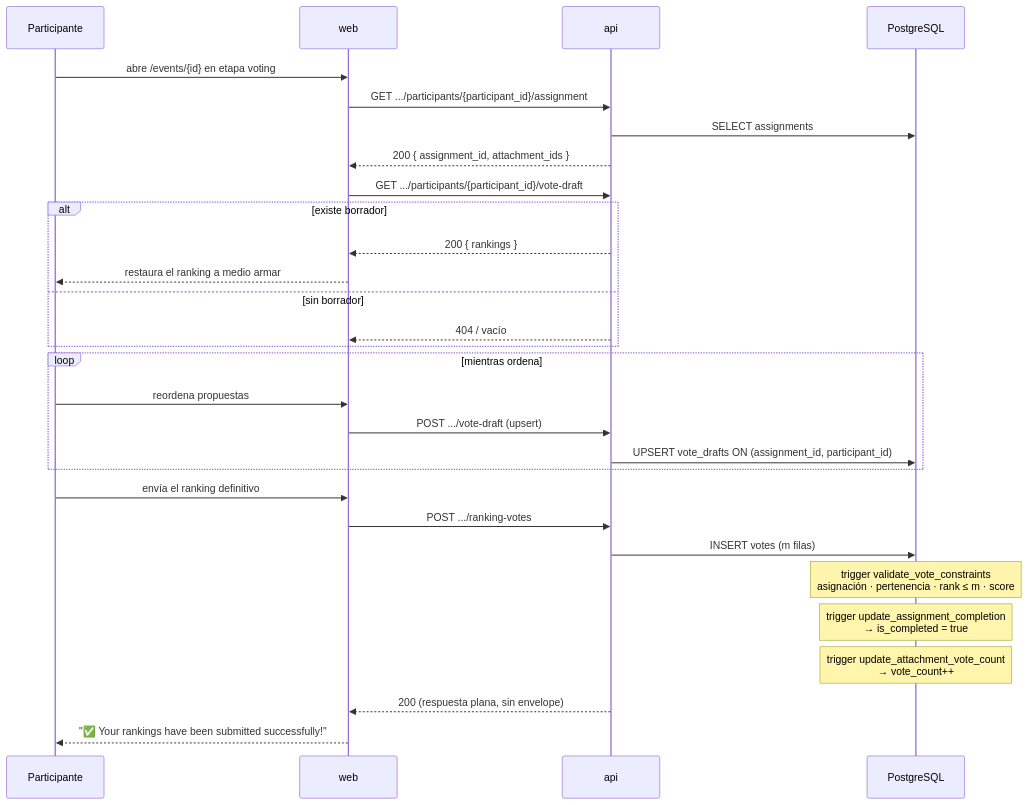
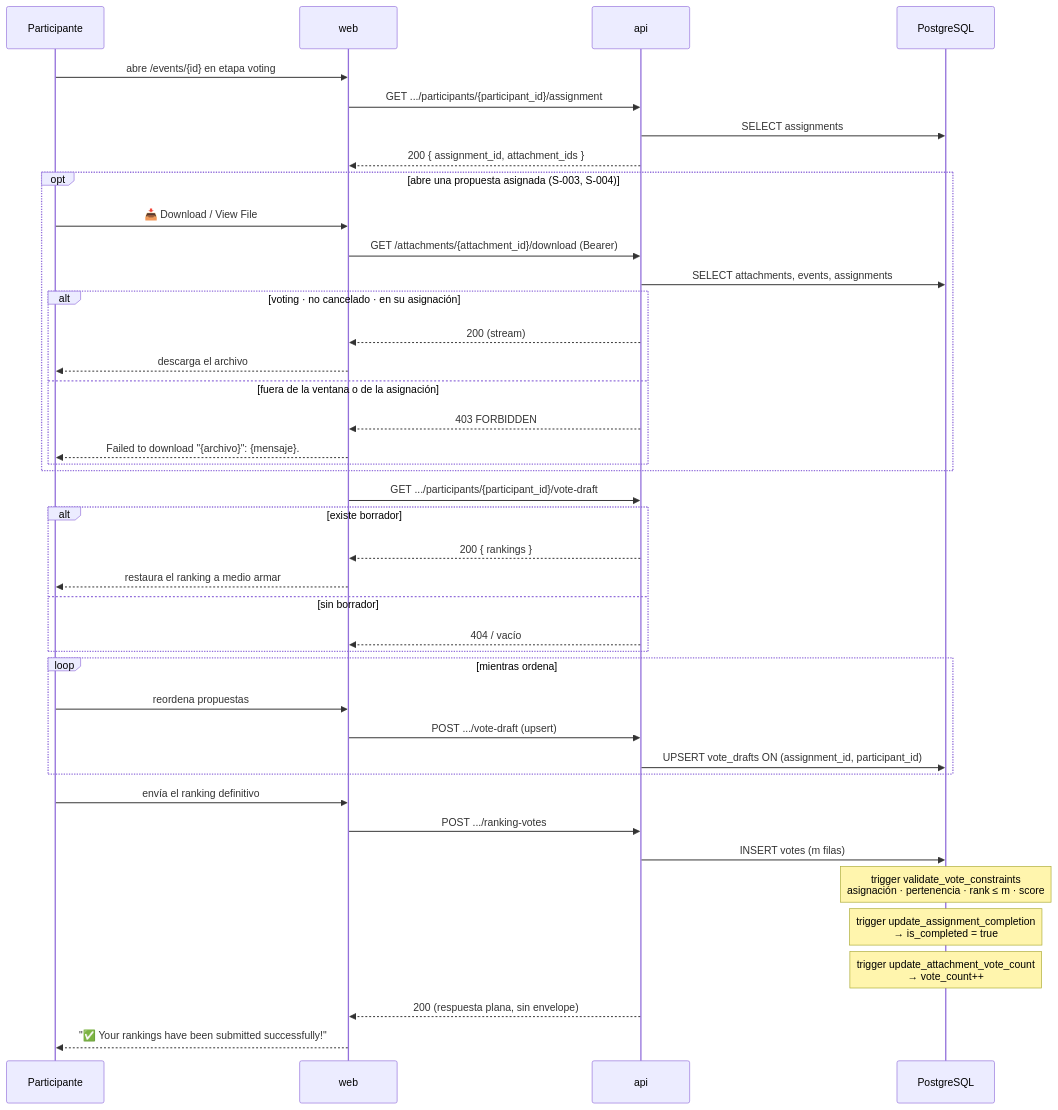
Before and after one commit to gravadigital/telescope: the diagram in docs/flows/evaluacion-y-envio-de-ranking.md, drawn with Mermaid. The commit also changed other lines of this file and 16 other files, not shown here.

````diff
--- a/docs/flows/evaluacion-y-envio-de-ranking.md
+++ b/docs/flows/evaluacion-y-envio-de-ranking.md
@@ -37,35 +37,48 @@
 ```mermaid
 sequenceDiagram
     participant P as Participante
     participant WEB as web
     participant API as api
     participant DB as PostgreSQL
 
     P->>WEB: abre /events/{id} en etapa voting
     WEB->>API: GET .../participants/{participant_id}/assignment
     API->>DB: SELECT assignments
     API-->>WEB: 200 { assignment_id, attachment_ids }
+
+    opt abre una propuesta asignada (S-003, S-004)
+        P->>WEB: 📥 Download / View File
+        WEB->>API: GET /attachments/{attachment_id}/download (Bearer)
+        API->>DB: SELECT attachments, events, assignments
+        alt voting · no cancelado · en su asignación
+            API-->>WEB: 200 (stream)
+            WEB-->>P: descarga el archivo
+        else fuera de la ventana o de la asignación
+            API-->>WEB: 403 FORBIDDEN
+            WEB-->>P: Failed to download "{archivo}": {mensaje}.
+        end
+    end
 
     WEB->>API: GET .../participants/{participant_id}/vote-draft
     alt existe borrador
         API-->>WEB: 200 { rankings }
         WEB-->>P: restaura el ranking a medio armar
     else sin borrador
         API-->>WEB: 404 / vacío
     end
 
     loop mientras ordena
         P->>WEB: reordena propuestas
         WEB->>API: POST .../vote-draft (upsert)
         API->>DB: UPSERT vote_drafts ON (assignment_id, participant_id)
     end
 
     P->>WEB: envía el ranking definitivo
     WEB->>API: POST .../ranking-votes
     API->>DB: INSERT votes (m filas)
     Note over DB: trigger validate_vote_constraints<br/>asignación · pertenencia · rank ≤ m · score
     Note over DB: trigger update_assignment_completion<br/>→ is_completed = true
     Note over DB: trigger update_attachment_vote_count<br/>→ vote_count++
     API-->>WEB: 200 (respuesta plana, sin envelope)
     WEB-->>P: "✅ Your rankings have been submitted successfully!"
 ```
````
